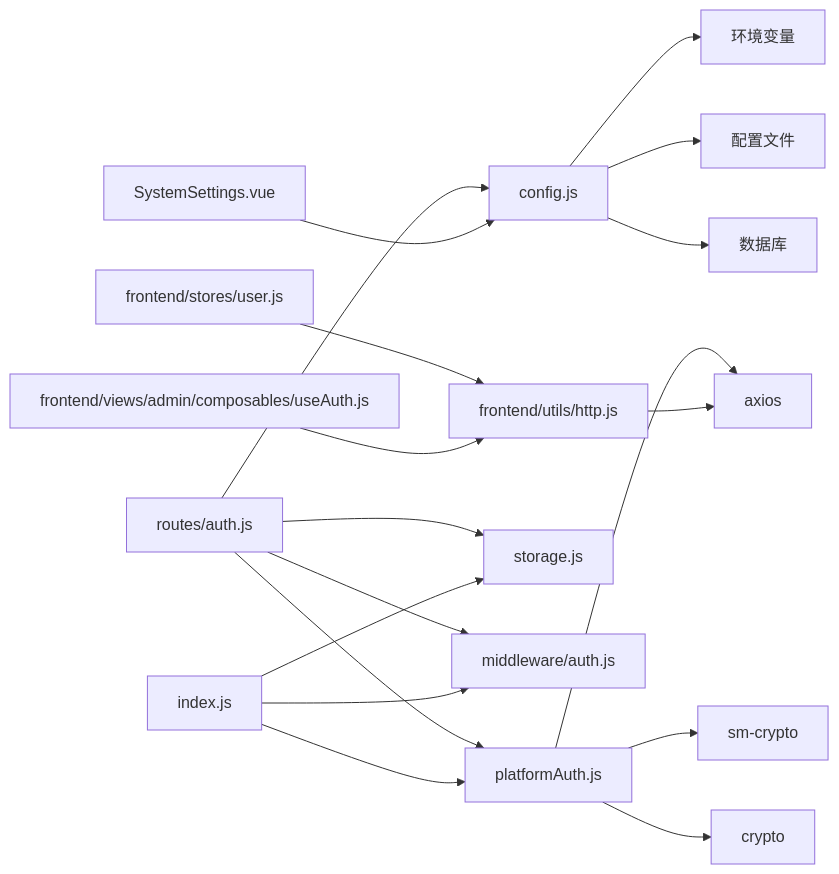
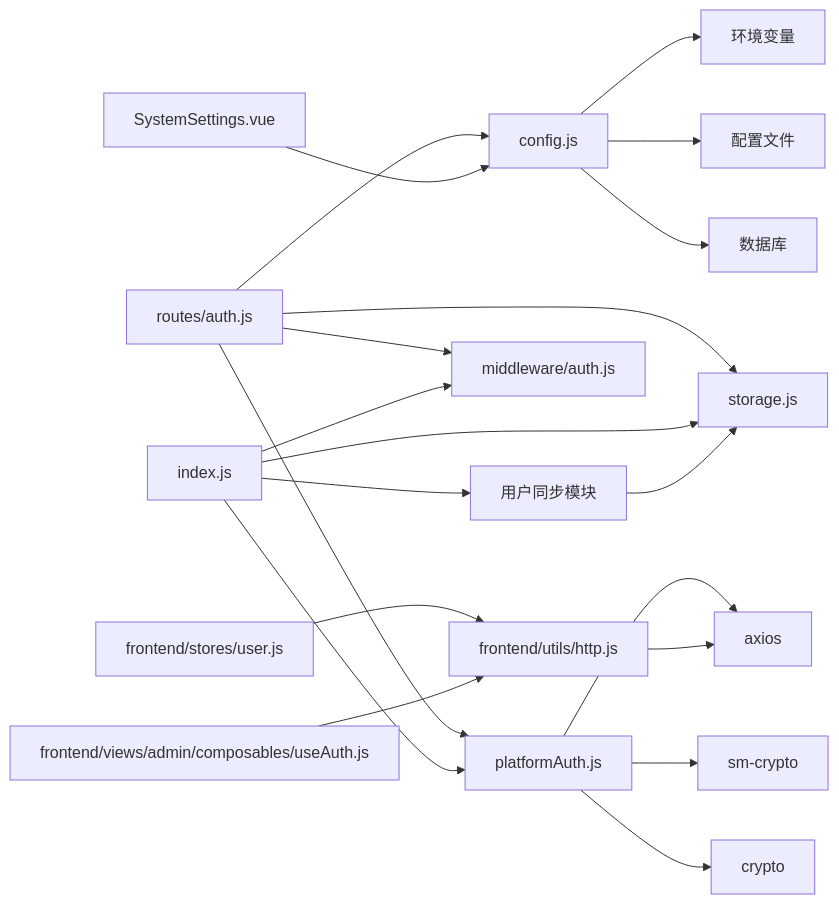
One commit to Giraffe-Han/microAPP changed the ninth of 9 diagrams in .qoder/repowiki/zh/content/后端服务架构/认证与授权系统/单点登录(SSO)集成.md. Above: the diagram before and after it, drawn with Mermaid. The commit also changed other lines of this file and 42 other files, not shown here.

````diff
--- a/.qoder/repowiki/zh/content/后端服务架构/认证与授权系统/单点登录(SSO)集成.md
+++ b/.qoder/repowiki/zh/content/后端服务架构/认证与授权系统/单点登录(SSO)集成.md
@@ -336,20 +385,22 @@
 ```mermaid
 graph LR
 PA["platformAuth.js"] --> AX["axios"]
 PA --> SM["sm-crypto"]
 PA --> CR["crypto"]
 ROUTES["routes/auth.js"] --> CFG["config.js"]
 ROUTES --> ST["storage.js"]
 ROUTES --> MW["middleware/auth.js"]
 ROUTES --> PA
 INDEX["index.js"] --> PA
 INDEX --> ST
 INDEX --> MW
+INDEX --> US["用户同步模块"]
+US --> ST
 FE_HTTP["frontend/utils/http.js"] --> AX
 FE_STORE["frontend/stores/user.js"] --> FE_HTTP
 FE_VIEW["frontend/views/admin/composables/useAuth.js"] --> FE_HTTP
 FE_SETTINGS["SystemSettings.vue"] --> CFG
 CFG --> ENV["环境变量"]
 CFG --> FILE["配置文件"]
 CFG --> DB["数据库"]
 ```
````
